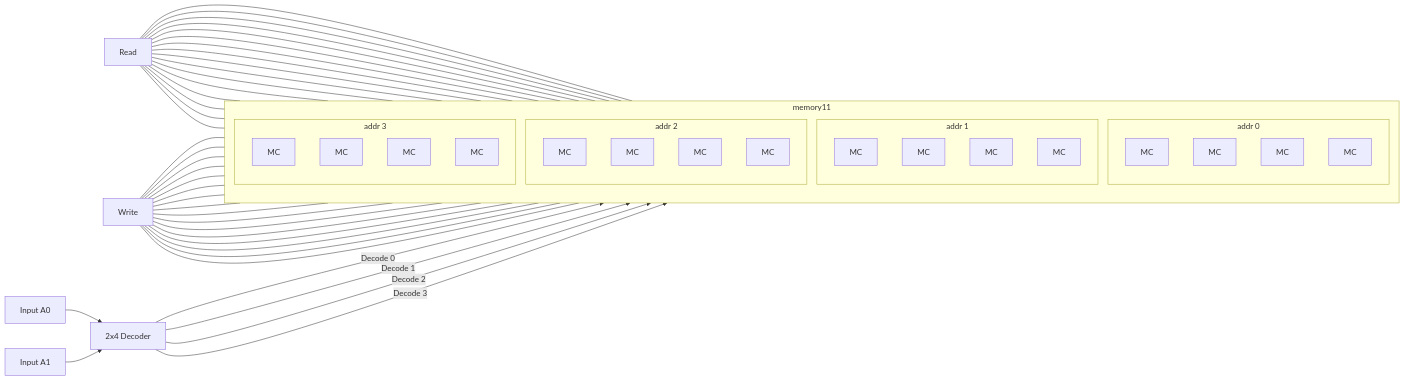
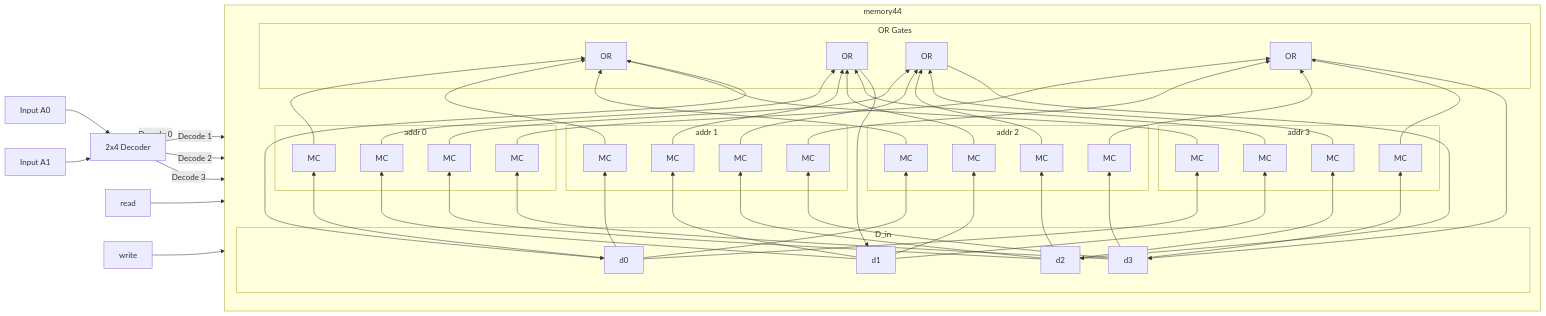
Before and after one commit to afif-umt/Lecture-Notes: the fourth of 5 diagrams in Advanced-Computer-Architecture/27-10-24.md, drawn with Mermaid.

Commit message:
Update 27-10-24.md
All points on the memory are now connected

```diff
--- a/Advanced-Computer-Architecture/27-10-24.md
+++ b/Advanced-Computer-Architecture/27-10-24.md
@@ -162,8 +162,15 @@
     A1[Input A1] --> D2_4
 
     %% Memory Cells in a 4x4 Grid
-    subgraph memory11
-    direction TB
+    subgraph memory44
+    direction BT
+      subgraph OrGates[OR Gates]
+          Or0[OR]
+          Or1[OR]
+          Or2[OR]
+          Or3[OR]
+      end
+
       subgraph Grid0[addr 0]
           MemCell00[MC]
           MemCell01[MC]
@@ -191,6 +198,58 @@
           MemCell32[MC]
           MemCell33[MC]
       end
+
+      subgraph dataInputs[D_in]
+        d0
+        d1
+        d2
+        d3
+      end
+
+      d0 --> MemCell00
+      d0 --> MemCell10
+      d0 --> MemCell20
+      d0 --> MemCell30
+
+      d1 --> MemCell01
+      d1 --> MemCell11
+      d1 --> MemCell21
+      d1 --> MemCell31
+
+      d2 --> MemCell02
+      d2 --> MemCell12
+      d2 --> MemCell22
+      d2 --> MemCell32
+
+      d3 --> MemCell03
+      d3 --> MemCell13
+      d3 --> MemCell23
+      d3 --> MemCell33
+
+      MemCell00 --> Or0
+      MemCell10 --> Or0
+      MemCell20 --> Or0
+      MemCell30 --> Or0
+
+      MemCell01 --> Or1
+      MemCell11 --> Or1
+      MemCell21 --> Or1
+      MemCell31 --> Or1
+      
+      MemCell02 --> Or2
+      MemCell12 --> Or2
+      MemCell22 --> Or2
+      MemCell32 --> Or2
+
+      MemCell03 --> Or3
+      MemCell13 --> Or3
+      MemCell23 --> Or3
+      MemCell33 --> Or3
+
+      Or0 --> d0
+      Or1 --> d1
+      Or2 --> d2
+      Or3 --> d3
     end
 
     
@@ -200,40 +259,8 @@
     D2_4 -->|Decode 2| Grid2
     D2_4 -->|Decode 3| Grid3
 
-     %% Read and Write Lines
-    Read[Read] --- MemCell00
-    Read --- MemCell01
-    Read --- MemCell02
-    Read --- MemCell03
-    Read --- MemCell10
-    Read --- MemCell11
-    Read --- MemCell12
-    Read --- MemCell13
-    Read --- MemCell20
-    Read --- MemCell21
-    Read --- MemCell22
-    Read --- MemCell23
-    Read --- MemCell30
-    Read --- MemCell31
-    Read --- MemCell32
-    Read --- MemCell33
-
-    Write[Write] --- MemCell00
-    Write --- MemCell01
-    Write --- MemCell02
-    Write --- MemCell03
-    Write --- MemCell10
-    Write --- MemCell11
-    Write --- MemCell12
-    Write --- MemCell13
-    Write --- MemCell20
-    Write --- MemCell21
-    Write --- MemCell22
-    Write --- MemCell23
-    Write --- MemCell30
-    Write --- MemCell31
-    Write --- MemCell32
-    Write --- MemCell33
+    read --> memory44
+    write --> memory44
 
     
 
```
